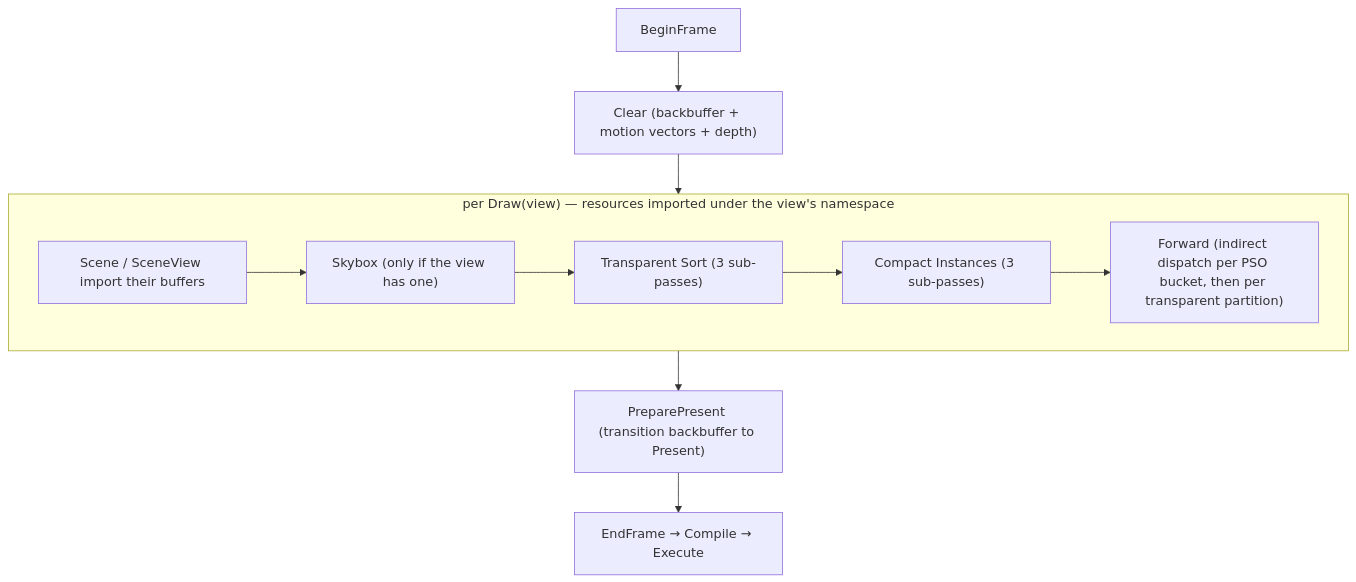
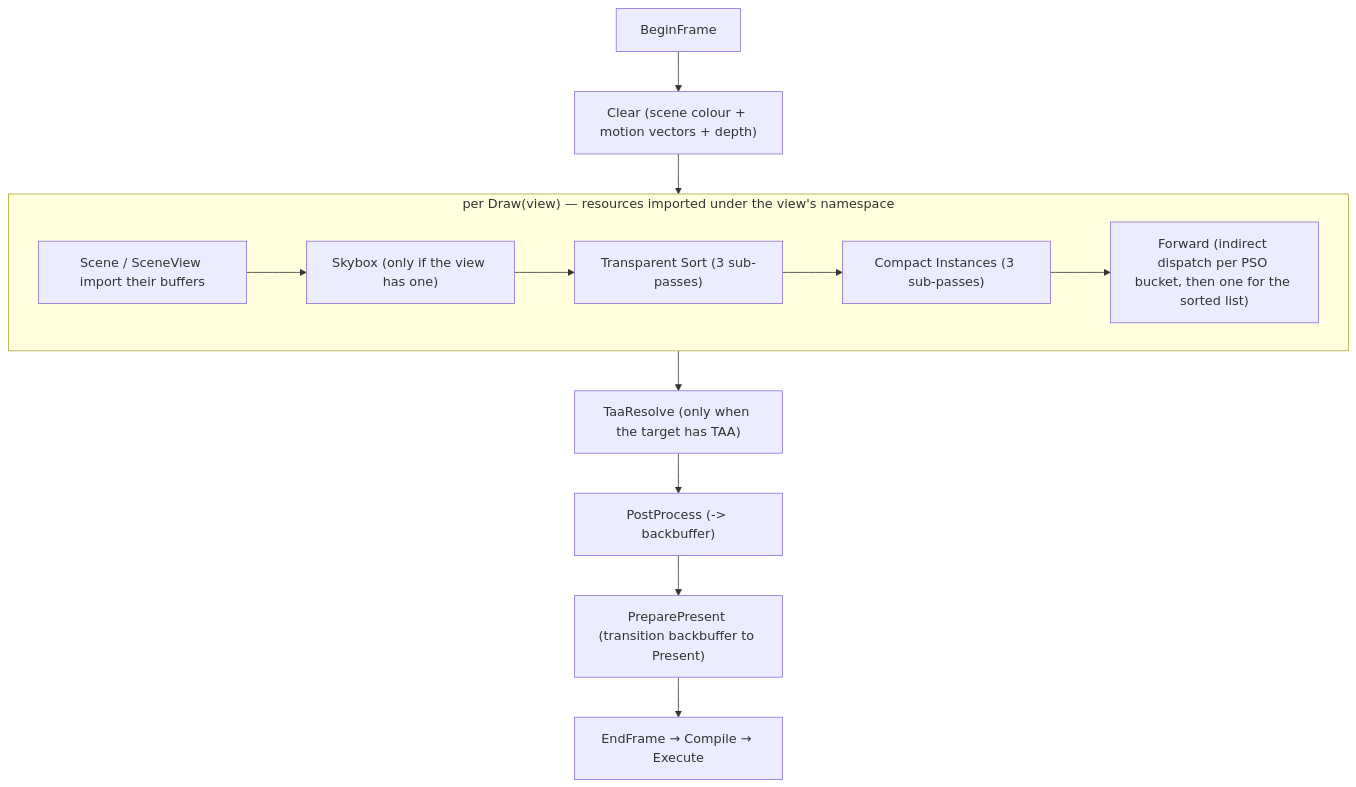
Before and after one commit to alexjiang200407/bernini: the diagram in docs/passes.md, drawn with Mermaid. The commit also changed other lines of this file and 99 other files, not shown here.

````diff
--- a/docs/passes.md
+++ b/docs/passes.md
@@ -24,13 +24,15 @@
 ```mermaid
 flowchart TD
-    BF["BeginFrame"] --> CLR["Clear (backbuffer + motion vectors + depth)"]
+    BF["BeginFrame"] --> CLR["Clear (scene colour + motion vectors + depth)"]
     CLR --> D["per Draw(view)"]
     subgraph D["per Draw(view) — resources imported under the view's namespace"]
         IMP["Scene / SceneView import their buffers"] --> SKY["Skybox (only if the view has one)"]
         SKY --> TS["Transparent Sort (3 sub-passes)"]
         TS --> CI["Compact Instances (3 sub-passes)"]
-        CI --> FWD["Forward (indirect dispatch per PSO bucket, then per transparent partition)"]
+        CI --> FWD["Forward (indirect dispatch per PSO bucket, then one for the sorted list)"]
     end
-    D --> PP["PreparePresent (transition backbuffer to Present)"]
+    D --> TAA["TaaResolve (only when the target has TAA)"]
+    TAA --> PPX["PostProcess (-> backbuffer)"]
+    PPX --> PP["PreparePresent (transition backbuffer to Present)"]
     PP --> EF["EndFrame → Compile → Execute"]
 ```
````
